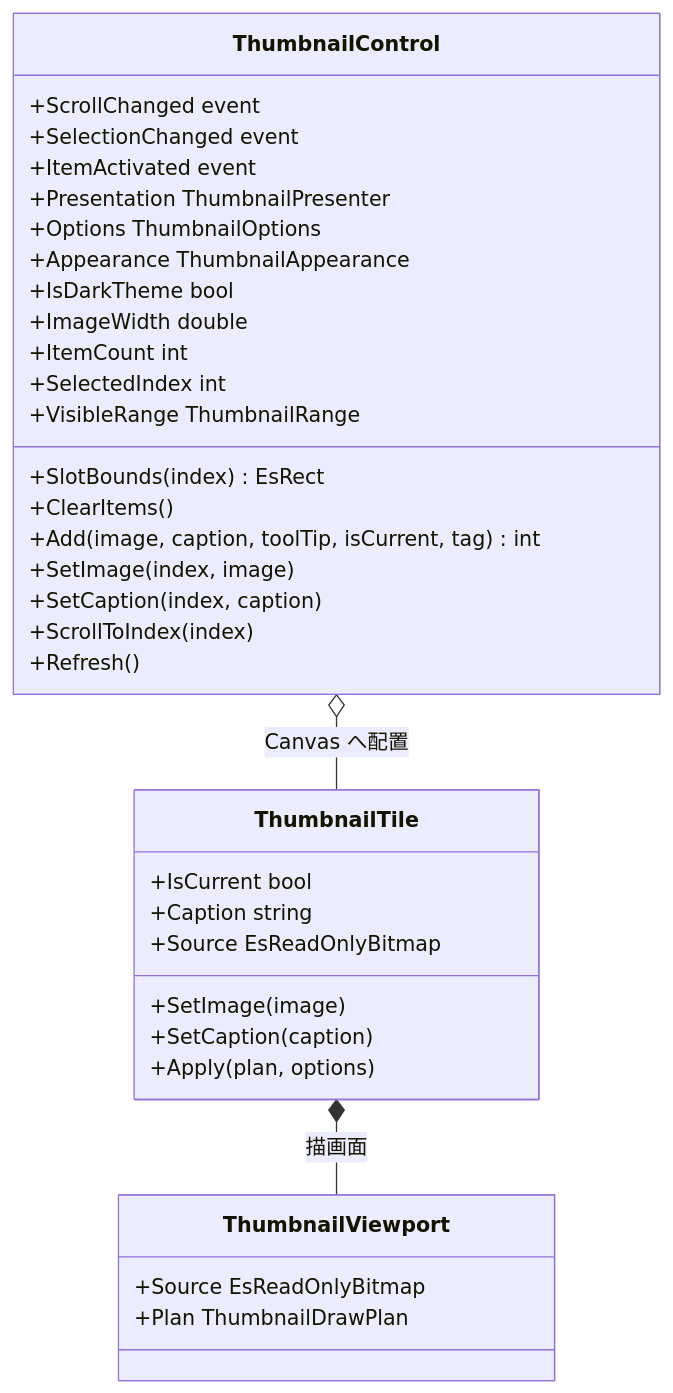
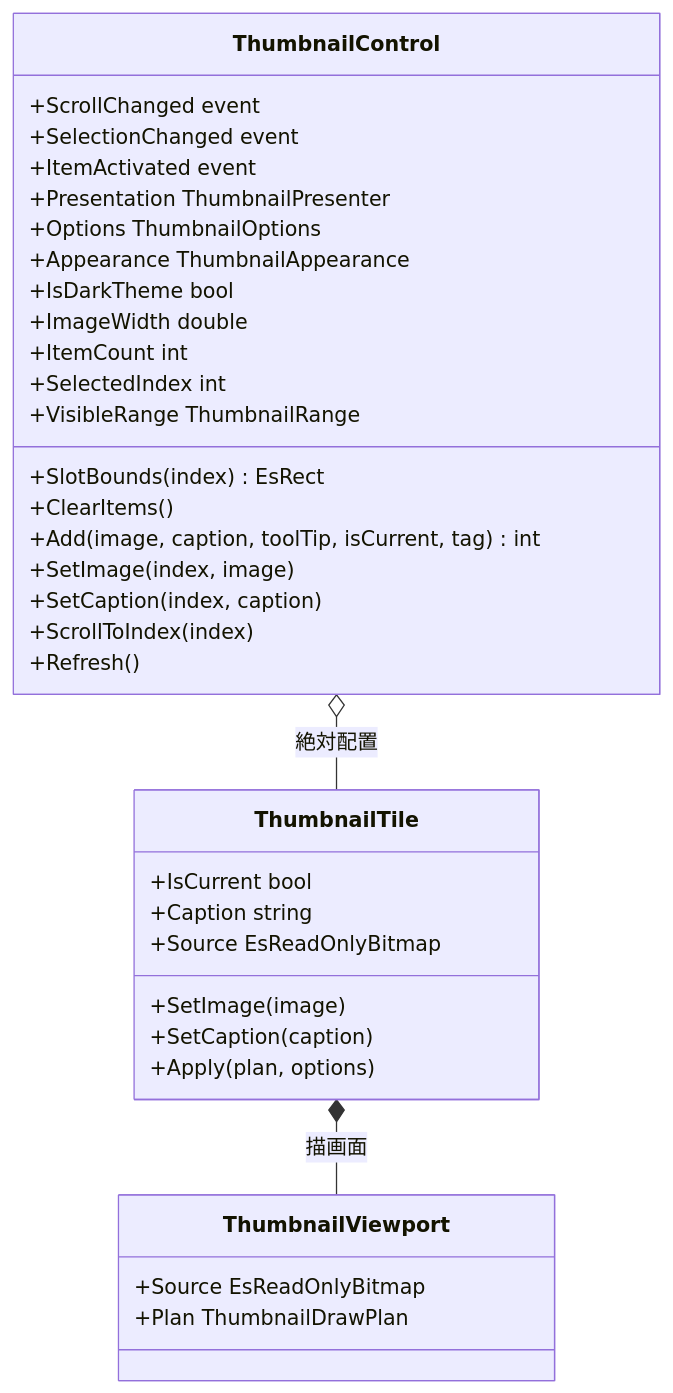
One commit to tomokuni/EsUtil changed the second of 3 diagrams in EsUtil.Ui.WinUI3/Thumbnail/docs/SPEC_System.md. Above: the diagram before and after it, drawn with Mermaid. The commit also changed other lines of this file and 15 other files, not shown here.

````diff
--- a/EsUtil.Ui.WinUI3/Thumbnail/docs/SPEC_System.md
+++ b/EsUtil.Ui.WinUI3/Thumbnail/docs/SPEC_System.md
@@ -107,38 +109,38 @@
 ```mermaid
 classDiagram
     class ThumbnailControl {
         +ScrollChanged event
         +SelectionChanged event
         +ItemActivated event
         +Presentation ThumbnailPresenter
         +Options ThumbnailOptions
         +Appearance ThumbnailAppearance
         +IsDarkTheme bool
         +ImageWidth double
         +ItemCount int
         +SelectedIndex int
         +VisibleRange ThumbnailRange
         +SlotBounds(index) EsRect
         +ClearItems()
         +Add(image, caption, toolTip, isCurrent, tag) int
         +SetImage(index, image)
         +SetCaption(index, caption)
         +ScrollToIndex(index)
         +Refresh()
     }
     class ThumbnailTile {
         +IsCurrent bool
         +Caption string
         +Source EsReadOnlyBitmap
         +SetImage(image)
         +SetCaption(caption)
         +Apply(plan, options)
     }
     class ThumbnailViewport {
         +Source EsReadOnlyBitmap
         +Plan ThumbnailDrawPlan
     }
 
-    ThumbnailControl o-- ThumbnailTile : Canvas へ配置
+    ThumbnailControl o-- ThumbnailTile : 絶対配置
     ThumbnailTile *-- ThumbnailViewport : 描画面
 ```
````
